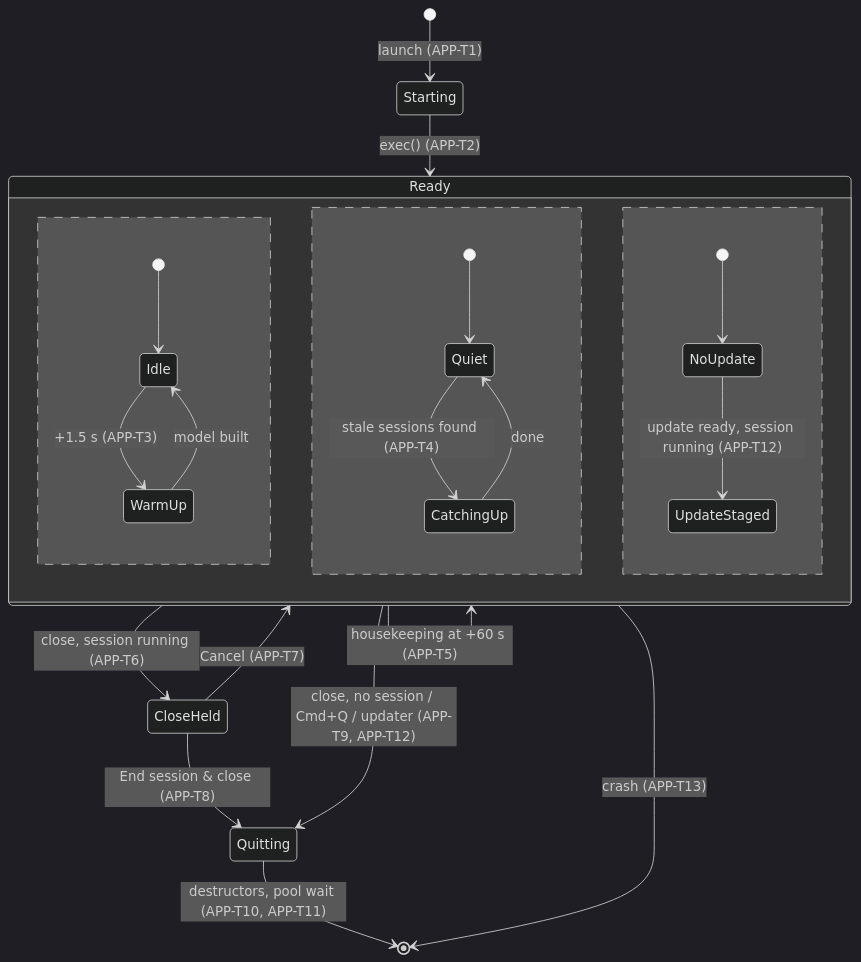
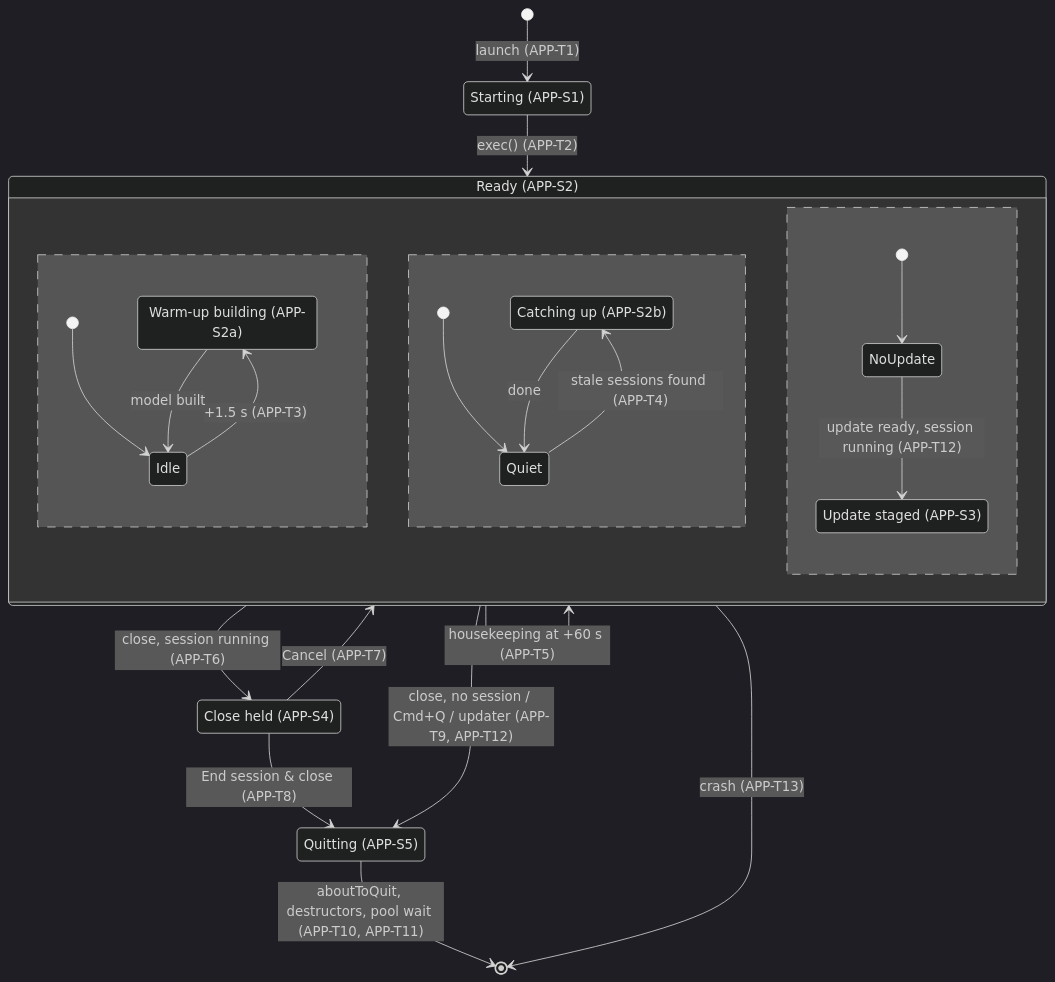
The first of 8 diagrams in governance/artefacts/lifecycle_model.md (PinPoint-Golf/PinPointStudio), drawn with Mermaid (dark theme) before and after one commit. The commit also changed other lines of this file, not shown here.

First line of the commit message:
Governance: the lifecycle model gains three activity diagrams (a shot, a session, the application), and its state diagrams match their tables

````diff
--- a/governance/artefacts/lifecycle_model.md
+++ b/governance/artefacts/lifecycle_model.md
@@ -65,24 +71,30 @@
 ```mermaid
 stateDiagram-v2
+    state "Starting (APP-S1)" as Starting
+    state "Close held (APP-S4)" as CloseHeld
+    state "Quitting (APP-S5)" as Quitting
     [*] --> Starting: launch (APP-T1)
     Starting --> Ready: exec() (APP-T2)
-    state Ready {
+    state "Ready (APP-S2)" as Ready {
+        state "Warm-up building (APP-S2a)" as WarmUp
         [*] --> Idle
         Idle --> WarmUp: +1.5 s (APP-T3)
         WarmUp --> Idle: model built
         --
+        state "Catching up (APP-S2b)" as CatchingUp
         [*] --> Quiet
         Quiet --> CatchingUp: stale sessions found (APP-T4)
         CatchingUp --> Quiet: done
         --
+        state "Update staged (APP-S3)" as UpdateStaged
         [*] --> NoUpdate
         NoUpdate --> UpdateStaged: update ready, session running (APP-T12)
     }
     Ready --> Ready: housekeeping at +60 s (APP-T5)
     Ready --> CloseHeld: close, session running (APP-T6)
     CloseHeld --> Ready: Cancel (APP-T7)
     CloseHeld --> Quitting: End session & close (APP-T8)
     Ready --> Quitting: close, no session / Cmd+Q / updater (APP-T9, APP-T12)
-    Quitting --> [*]: destructors, pool wait (APP-T10, APP-T11)
+    Quitting --> [*]: aboutToQuit, destructors, pool wait (APP-T10, APP-T11)
     Ready --> [*]: crash (APP-T13)
 ```
````
